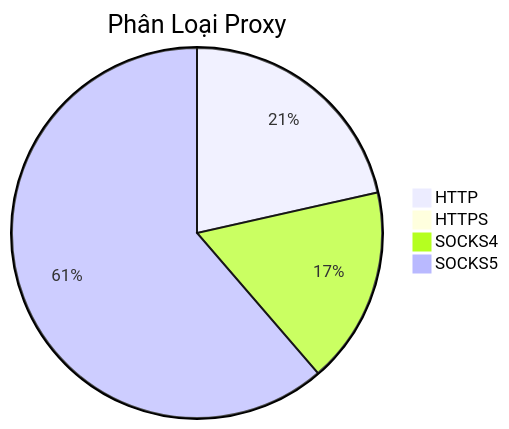
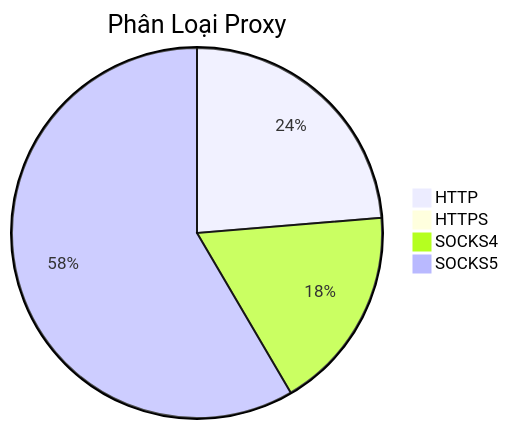
One commit to Ciara-Aa/PROXY-free changed the diagram in README.md. Above: the diagram before and after it, drawn with Mermaid. The commit also changed other lines of this file and 4 other files, not shown here.

````diff
--- a/README.md
+++ b/README.md
@@ -26,7 +26,7 @@
 ```mermaid
 pie title Phân Loại Proxy
-    "HTTP" : 349
-    "HTTPS" : 4
-    "SOCKS4" : 279
-    "SOCKS5" : 996
+    "HTTP" : 394
+    "HTTPS" : 6
+    "SOCKS4" : 297
+    "SOCKS5" : 972
 ```
````
